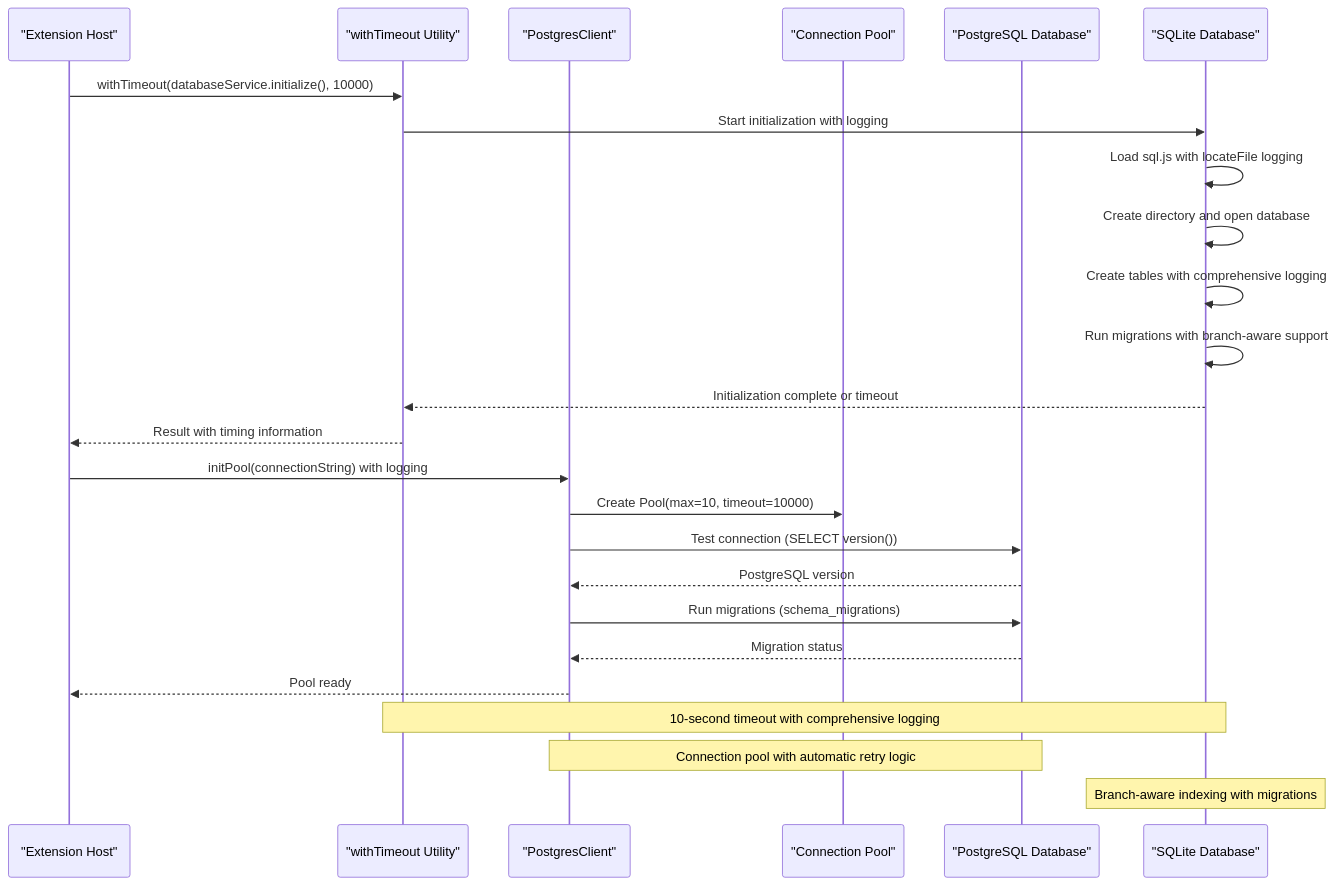
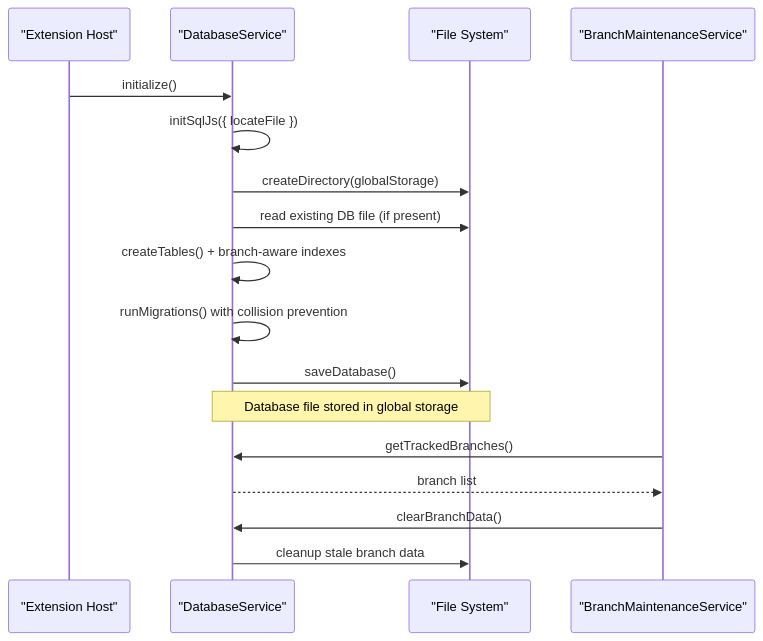
Before and after one commit to bramburn/repomix-runner: the second of 4 diagrams in .qoder/repowiki/en/content/Storage System/Database Service.md, drawn with Mermaid. The commit also changed other lines of this file and 41 other files, not shown here.

````diff
--- a/.qoder/repowiki/en/content/Storage System/Database Service.md
+++ b/.qoder/repowiki/en/content/Storage System/Database Service.md
@@ -182,27 +108,19 @@
 ```mermaid
 sequenceDiagram
-participant EXT as "Extension Host"
-participant WT as "withTimeout Utility"
-participant PG as "PostgresClient"
-participant POOL as "Connection Pool"
-participant DB as "PostgreSQL Database"
-participant SQLITE as "SQLite Database"
-EXT->>WT : withTimeout(databaseService.initialize(), 10000)
-WT->>SQLITE : Start initialization with logging
-SQLITE->>SQLITE : Load sql.js with locateFile logging
-SQLITE->>SQLITE : Create directory and open database
-SQLITE->>SQLITE : Create tables with comprehensive logging
-SQLITE->>SQLITE : Run migrations with branch-aware support
-SQLITE-->>WT : Initialization complete or timeout
-WT-->>EXT : Result with timing information
-EXT->>PG : initPool(connectionString) with logging
-PG->>POOL : Create Pool(max=10, timeout=10000)
-PG->>DB : Test connection (SELECT version())
-DB-->>PG : PostgreSQL version
-PG->>DB : Run migrations (schema_migrations)
-DB-->>PG : Migration status
-PG-->>EXT : Pool ready
-Note over WT,SQLITE : 10-second timeout with comprehensive logging
-Note over PG,DB : Connection pool with automatic retry logic
-Note over SQLITE : Branch-aware indexing with migrations
+participant Ext as "Extension Host"
+participant DB as "DatabaseService"
+participant FS as "File System"
+participant BMS as "BranchMaintenanceService"
+Ext->>DB : initialize()
+DB->>DB : initSqlJs({ locateFile })
+DB->>FS : createDirectory(globalStorage)
+DB->>FS : read existing DB file (if present)
+DB->>DB : createTables() + branch-aware indexes
+DB->>DB : runMigrations() with collision prevention
+DB->>FS : saveDatabase()
+Note over DB,FS : Database file stored in global storage
+BMS->>DB : getTrackedBranches()
+DB-->>BMS : branch list
+BMS->>DB : clearBranchData()
+DB->>FS : cleanup stale branch data
 ```
````
